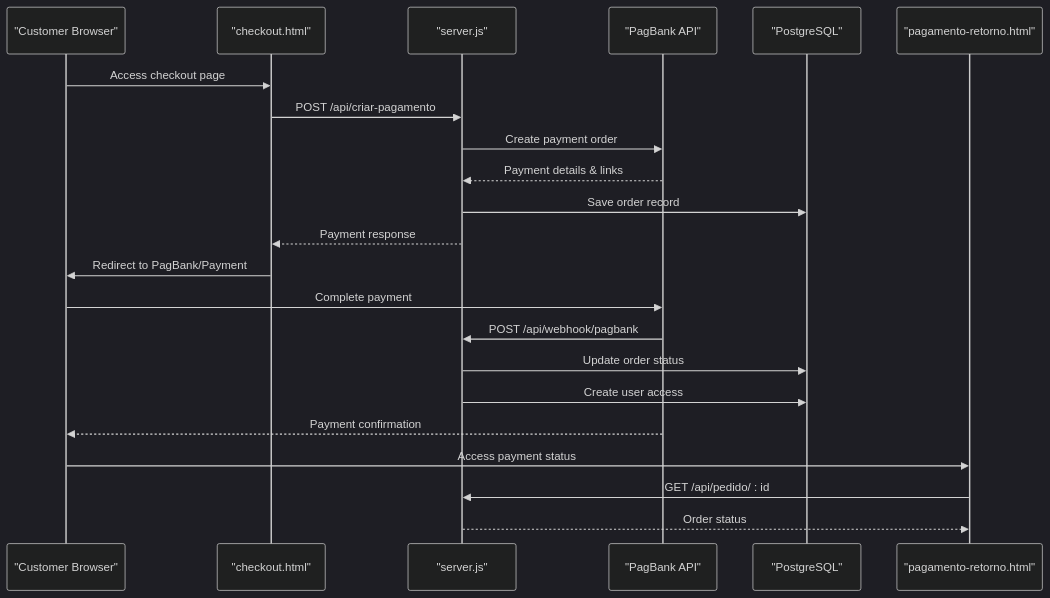
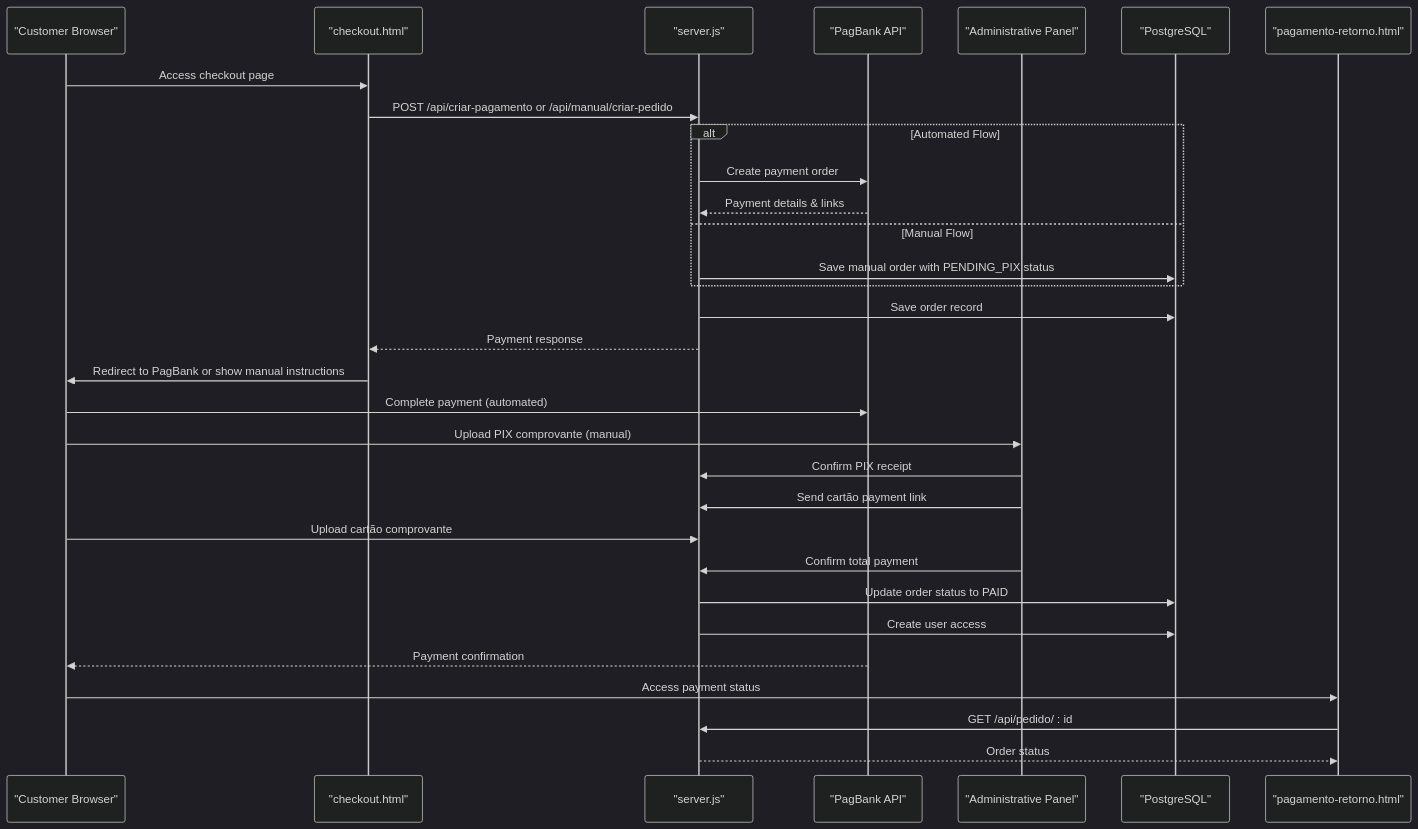
The second of 14 diagrams in .qoder/repowiki/en/content/Payment System Architecture/Payment System Architecture.md (Alexandrexicara/qretiquetas.com), drawn with Mermaid (dark theme) before and after one commit. The commit also changed other lines of this file and 6 other files, not shown here.

````diff
--- a/.qoder/repowiki/en/content/Payment System Architecture/Payment System Architecture.md
+++ b/.qoder/repowiki/en/content/Payment System Architecture/Payment System Architecture.md
@@ -93,24 +121,33 @@
 ```mermaid
 sequenceDiagram
 participant Client as "Customer Browser"
 participant Checkout as "checkout.html"
 participant Server as "server.js"
 participant PagBank as "PagBank API"
+participant Admin as "Administrative Panel"
 participant DB as "PostgreSQL"
 participant Return as "pagamento-retorno.html"
 Client->>Checkout : Access checkout page
-Checkout->>Server : POST /api/criar-pagamento
+Checkout->>Server : POST /api/criar-pagamento or /api/manual/criar-pedido
+alt Automated Flow
 Server->>PagBank : Create payment order
 PagBank-->>Server : Payment details & links
+else Manual Flow
+Server->>DB : Save manual order with PENDING_PIX status
+end
 Server->>DB : Save order record
 Server-->>Checkout : Payment response
-Checkout->>Client : Redirect to PagBank/Payment
-Client->>PagBank : Complete payment
-PagBank->>Server : POST /api/webhook/pagbank
-Server->>DB : Update order status
+Checkout->>Client : Redirect to PagBank or show manual instructions
+Client->>PagBank : Complete payment (automated)
+Client->>Admin : Upload PIX comprovante (manual)
+Admin->>Server : Confirm PIX receipt
+Admin->>Server : Send cartão payment link
+Client->>Server : Upload cartão comprovante
+Admin->>Server : Confirm total payment
+Server->>DB : Update order status to PAID
 Server->>DB : Create user access
 PagBank-->>Client : Payment confirmation
 Client->>Return : Access payment status
 Return->>Server : GET /api/pedido/ : id
 Server-->>Return : Order status
 ```
````
